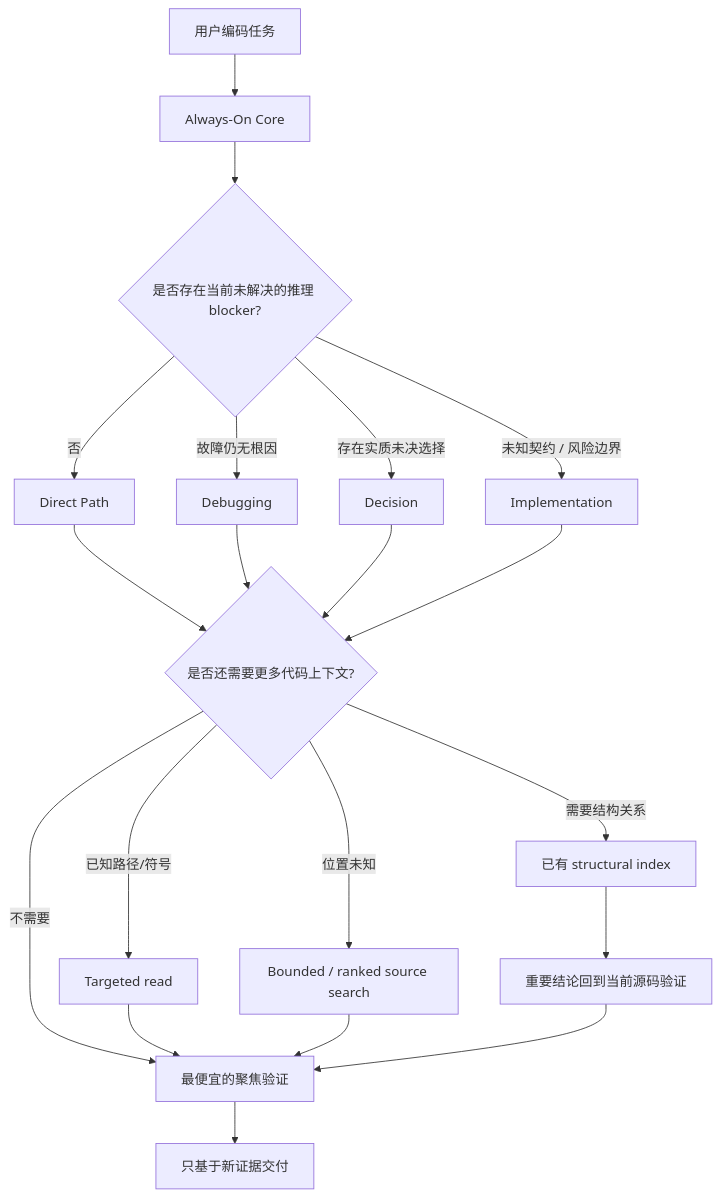
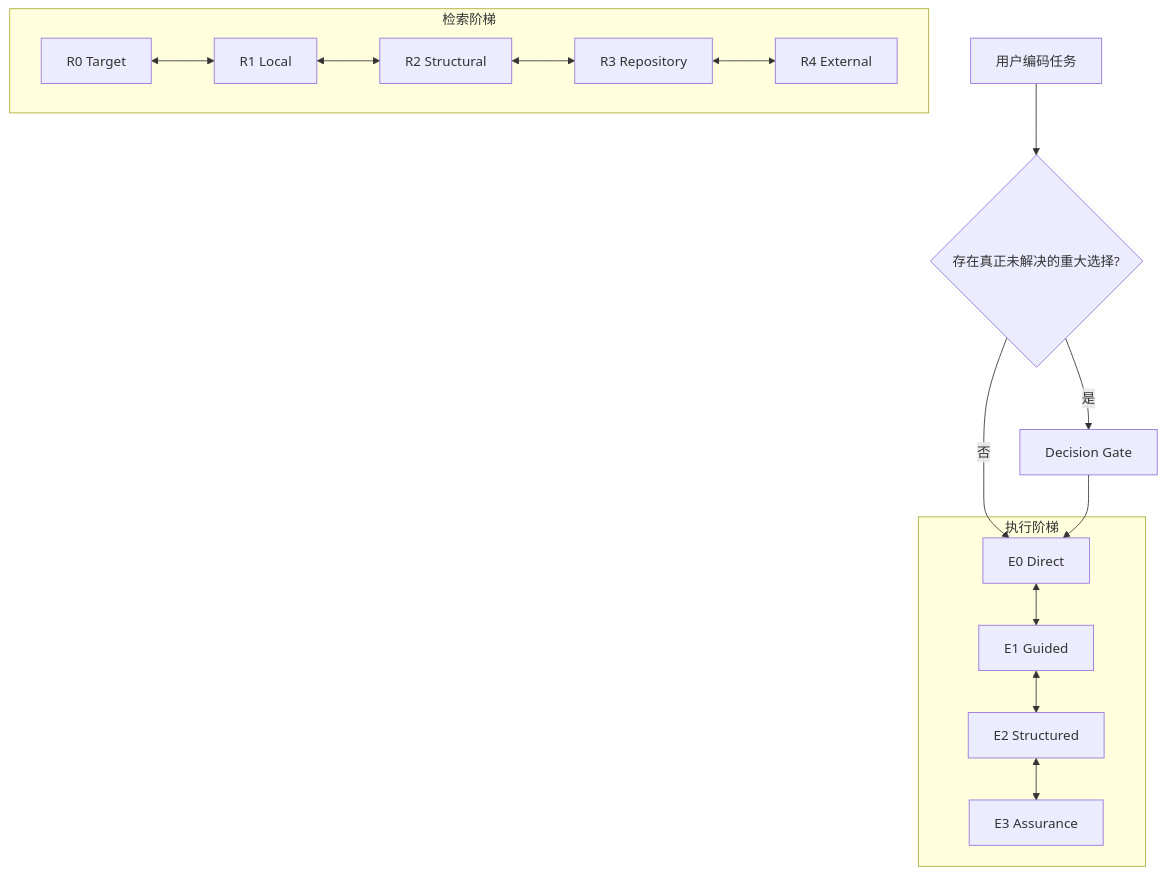
The diagram in README_zh.md (Hubujiu/practical-coding), drawn with Mermaid before and after one commit. The commit also changed other lines of this file and 18 other files, not shown here.

````diff
--- a/README_zh.md
+++ b/README_zh.md
@@ -50,25 +13,20 @@
 ```mermaid
 flowchart TB
-    T[用户编码任务] --> C[Always-On Core]
-    C --> E{是否存在当前未解决的推理 blocker?}
-    E -->|否| D[Direct Path]
-    E -->|故障仍无根因| G[Debugging]
-    E -->|存在实质未决选择| A[Decision]
-    E -->|未知契约 / 风险边界| I[Implementation]
+    T[用户编码任务] --> D{存在真正未解决的重大选择?}
+    D -->|是| Q[Decision Gate]
+    D -->|否| E0
+    Q --> E0
 
-    D --> R{是否还需要更多代码上下文?}
-    G --> R
-    A --> R
-    I --> R
+    subgraph E[执行阶梯]
+      E0[E0 Direct] <--> E1[E1 Guided]
+      E1 <--> E2[E2 Structured]
+      E2 <--> E3[E3 Assurance]
+    end
 
-    R -->|不需要| V[最便宜的聚焦验证]
-    R -->|已知路径/符号| K[Targeted read]
-    R -->|位置未知| S[Bounded / ranked source search]
-    R -->|需要结构关系| X[已有 structural index]
-
-    K --> V
-    S --> V
-    X --> Q[重要结论回到当前源码验证]
-    Q --> V
-    V --> O[只基于新证据交付]
+    subgraph R[检索阶梯]
+      R0[R0 Target] <--> R1[R1 Local]
+      R1 <--> R2[R2 Structural]
+      R2 <--> R3[R3 Repository]
+      R3 <--> R4[R4 External]
+    end
 ```
````
